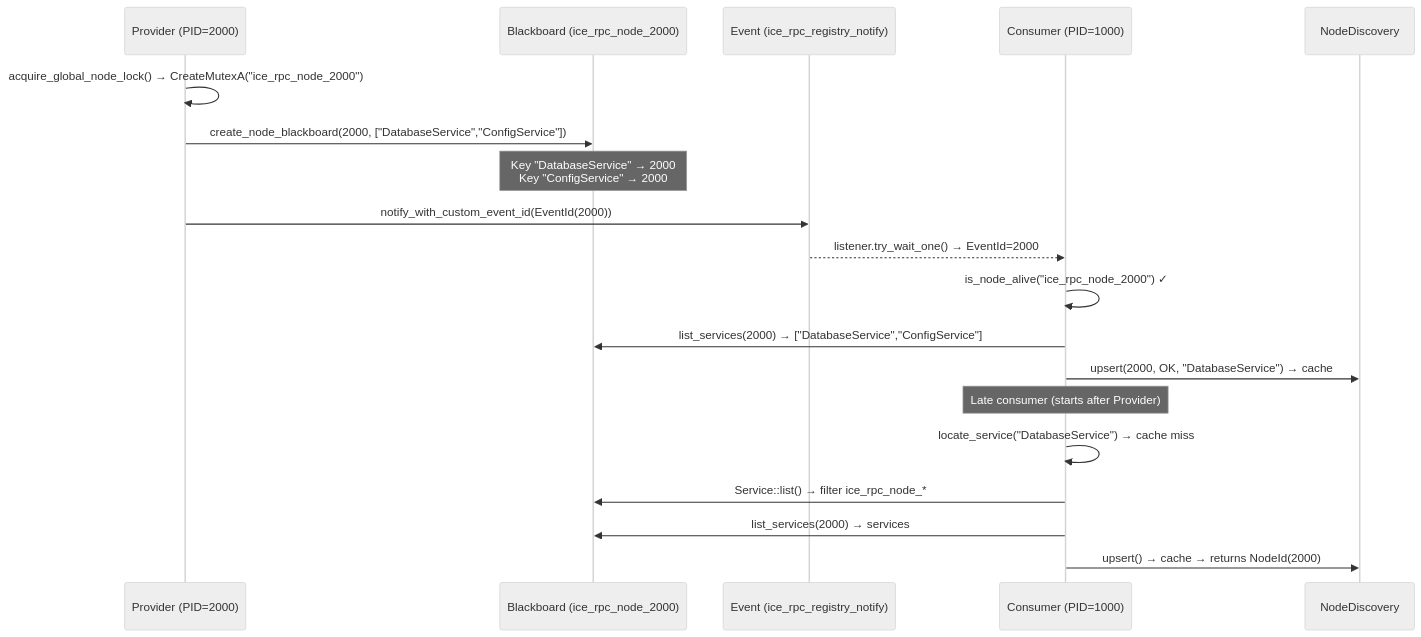
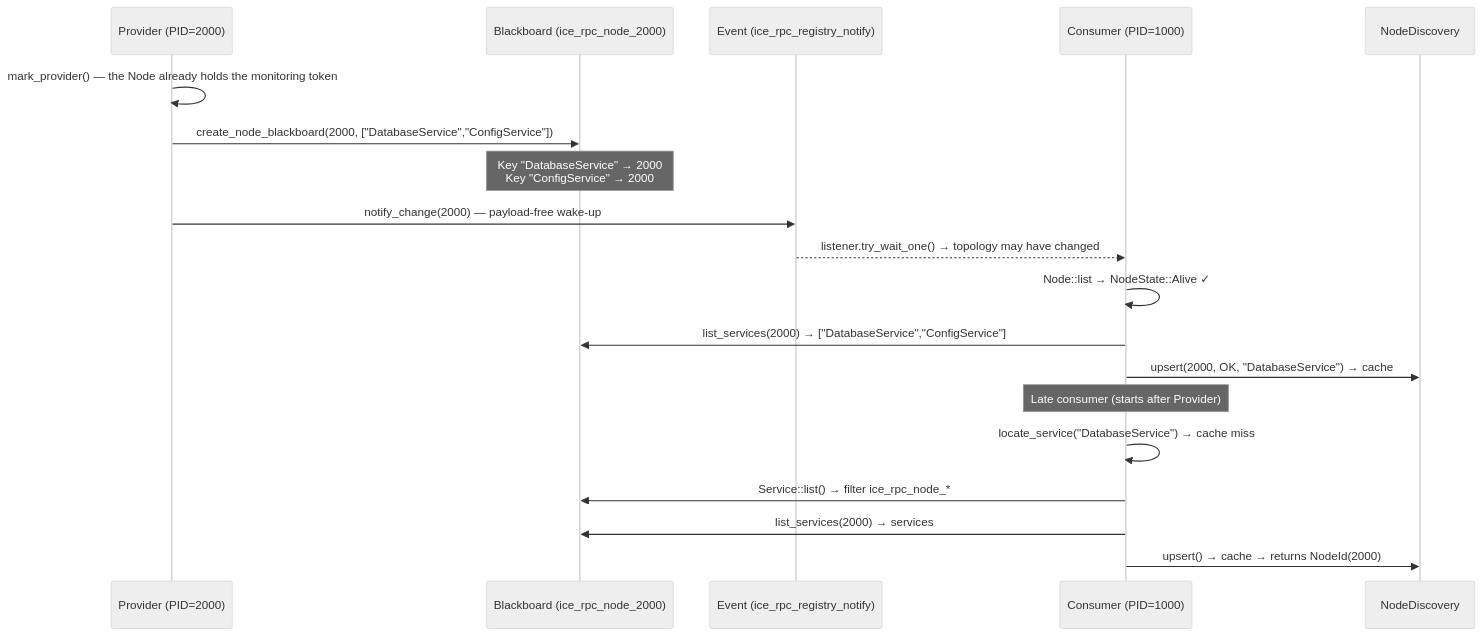
Before and after one commit to max3163/ice-rpc: the second of 4 diagrams in Readme.md, drawn with Mermaid (neutral theme). The commit also changed other lines of this file and 103 other files, not shown here.

First line of the commit message:
feat: Add ice-rpc-rx create and rework some parts

````diff
--- a/Readme.md
+++ b/Readme.md
@@ -55,22 +57,22 @@
 ```mermaid
 sequenceDiagram
     participant P as Provider (PID=2000)
     participant BB as Blackboard (ice_rpc_node_2000)
     participant EV as Event (ice_rpc_registry_notify)
     participant C as Consumer (PID=1000)
     participant ND as NodeDiscovery
 
-    P->>P: acquire_global_node_lock() → CreateMutexA("ice_rpc_node_2000")
+    P->>P: mark_provider() — the Node already holds the monitoring token
     P->>BB: create_node_blackboard(2000, ["DatabaseService","ConfigService"])
     Note over BB: Key "DatabaseService" → 2000<br/>Key "ConfigService" → 2000
-    P->>EV: notify_with_custom_event_id(EventId(2000))
-    EV-->>C: listener.try_wait_one() → EventId=2000
-    C->>C: is_node_alive("ice_rpc_node_2000") ✓
+    P->>EV: notify_change(2000) — payload-free wake-up
+    EV-->>C: listener.try_wait_one() → topology may have changed
+    C->>C: Node::list → NodeState::Alive ✓
     C->>BB: list_services(2000) → ["DatabaseService","ConfigService"]
     C->>ND: upsert(2000, OK, "DatabaseService") → cache
     Note over C: Late consumer (starts after Provider)
     C->>C: locate_service("DatabaseService") → cache miss
     C->>BB: Service::list() → filter ice_rpc_node_*
     C->>BB: list_services(2000) → services
     C->>ND: upsert() → cache → returns NodeId(2000)
 ```
````
